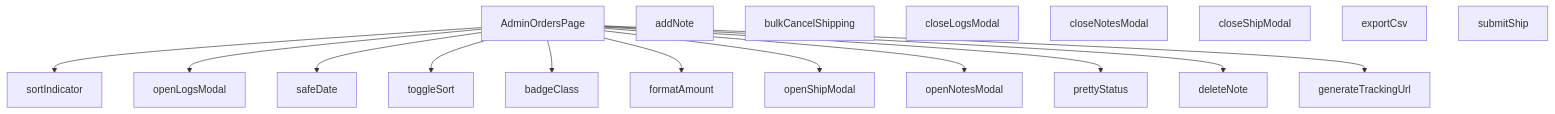
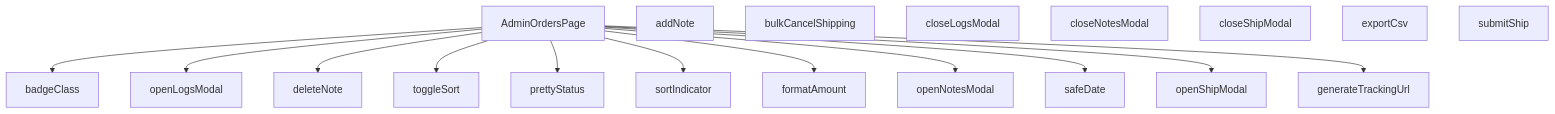
Before and after one commit to peckop/venthub-hvac-esite: the diagram in src/views/admin/AdminOrdersPage.md, drawn with Mermaid. The commit also changed other lines of this file and 488 other files, not shown here.

````diff
--- a/src/views/admin/AdminOrdersPage.md
+++ b/src/views/admin/AdminOrdersPage.md
@@ -430,33 +430,33 @@
 ```mermaid
 graph TD
     AdminOrdersPage_tsx__AdminOrdersPage["AdminOrdersPage"]
     AdminOrdersPage_tsx__addNote["addNote"]
     AdminOrdersPage_tsx__badgeClass["badgeClass"]
     AdminOrdersPage_tsx__bulkCancelShipping["bulkCancelShipping"]
     AdminOrdersPage_tsx__closeLogsModal["closeLogsModal"]
     AdminOrdersPage_tsx__closeNotesModal["closeNotesModal"]
     AdminOrdersPage_tsx__closeShipModal["closeShipModal"]
     AdminOrdersPage_tsx__deleteNote["deleteNote"]
     AdminOrdersPage_tsx__exportCsv["exportCsv"]
     AdminOrdersPage_tsx__formatAmount["formatAmount"]
     AdminOrdersPage_tsx__generateTrackingUrl["generateTrackingUrl"]
     AdminOrdersPage_tsx__openLogsModal["openLogsModal"]
     AdminOrdersPage_tsx__openNotesModal["openNotesModal"]
     AdminOrdersPage_tsx__openShipModal["openShipModal"]
     AdminOrdersPage_tsx__prettyStatus["prettyStatus"]
     AdminOrdersPage_tsx__safeDate["safeDate"]
     AdminOrdersPage_tsx__sortIndicator["sortIndicator"]
     AdminOrdersPage_tsx__submitShip["submitShip"]
     AdminOrdersPage_tsx__toggleSort["toggleSort"]
+    AdminOrdersPage_tsx__AdminOrdersPage --> AdminOrdersPage_tsx__badgeClass
+    AdminOrdersPage_tsx__AdminOrdersPage --> AdminOrdersPage_tsx__openLogsModal
+    AdminOrdersPage_tsx__AdminOrdersPage --> AdminOrdersPage_tsx__deleteNote
+    AdminOrdersPage_tsx__AdminOrdersPage --> AdminOrdersPage_tsx__toggleSort
+    AdminOrdersPage_tsx__AdminOrdersPage --> AdminOrdersPage_tsx__prettyStatus
     AdminOrdersPage_tsx__AdminOrdersPage --> AdminOrdersPage_tsx__sortIndicator
-    AdminOrdersPage_tsx__AdminOrdersPage --> AdminOrdersPage_tsx__openLogsModal
+    AdminOrdersPage_tsx__AdminOrdersPage --> AdminOrdersPage_tsx__formatAmount
+    AdminOrdersPage_tsx__AdminOrdersPage --> AdminOrdersPage_tsx__openNotesModal
     AdminOrdersPage_tsx__AdminOrdersPage --> AdminOrdersPage_tsx__safeDate
-    AdminOrdersPage_tsx__AdminOrdersPage --> AdminOrdersPage_tsx__toggleSort
-    AdminOrdersPage_tsx__AdminOrdersPage --> AdminOrdersPage_tsx__badgeClass
-    AdminOrdersPage_tsx__AdminOrdersPage --> AdminOrdersPage_tsx__formatAmount
     AdminOrdersPage_tsx__AdminOrdersPage --> AdminOrdersPage_tsx__openShipModal
-    AdminOrdersPage_tsx__AdminOrdersPage --> AdminOrdersPage_tsx__openNotesModal
-    AdminOrdersPage_tsx__AdminOrdersPage --> AdminOrdersPage_tsx__prettyStatus
-    AdminOrdersPage_tsx__AdminOrdersPage --> AdminOrdersPage_tsx__deleteNote
     AdminOrdersPage_tsx__AdminOrdersPage --> AdminOrdersPage_tsx__generateTrackingUrl
 ```
````
